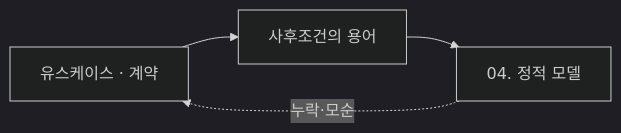
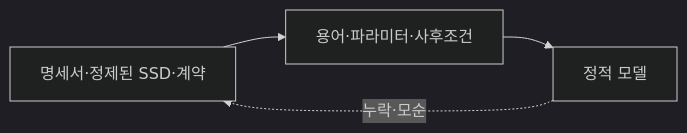
One commit to YoungSan77/TrainingMaterials changed the first of 22 diagrams in courses/ooad/sessions/s03.md. Above: the diagram before and after it, drawn with Mermaid (dark theme). The commit also changed other lines of this file and 11 other files, not shown here.

````diff
--- a/courses/ooad/sessions/s03.md
+++ b/courses/ooad/sessions/s03.md
@@ -91,6 +98,6 @@
 ```mermaid
 flowchart LR
-    A["유스케이스 · 계약"] --> B["사후조건의 용어"]
-    B --> C["04. 정적 모델"]
+    A["명세서·정제된 SSD·계약"] --> B["용어·파라미터·사후조건"]
+    B --> C["정적 모델"]
     C -. 누락·모순 .-> A
 ```
````
